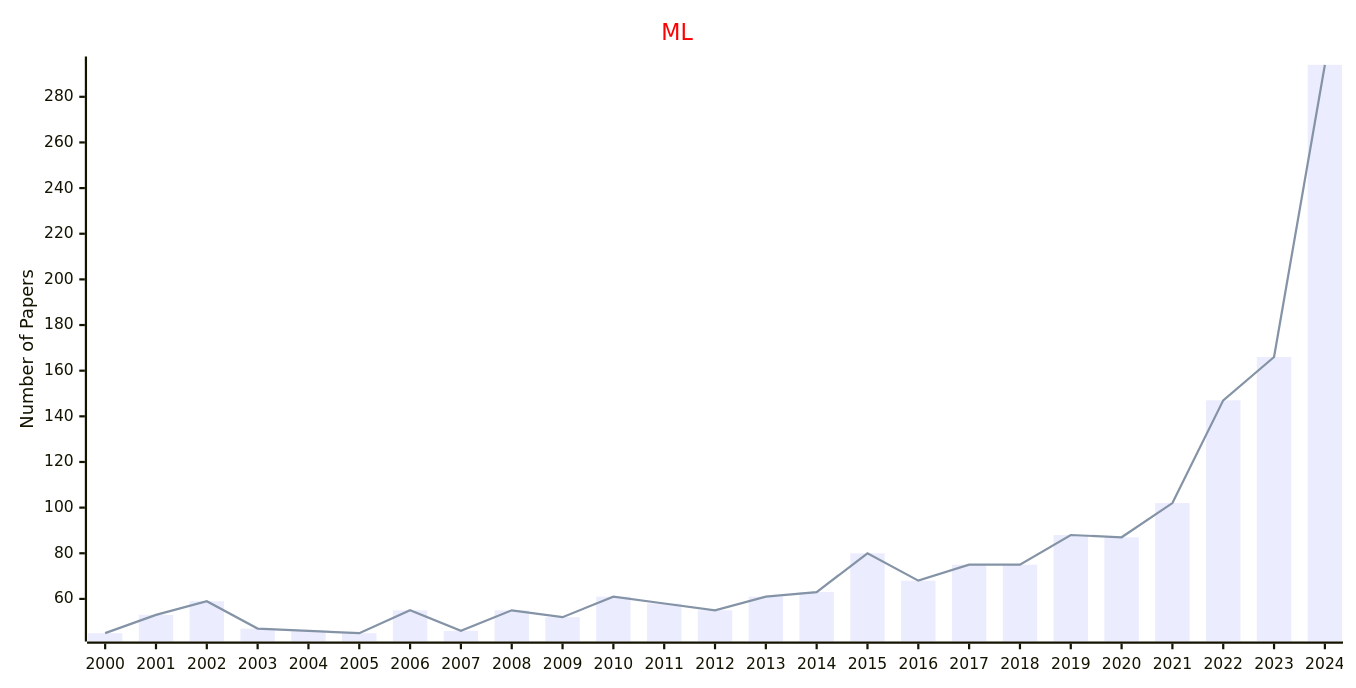
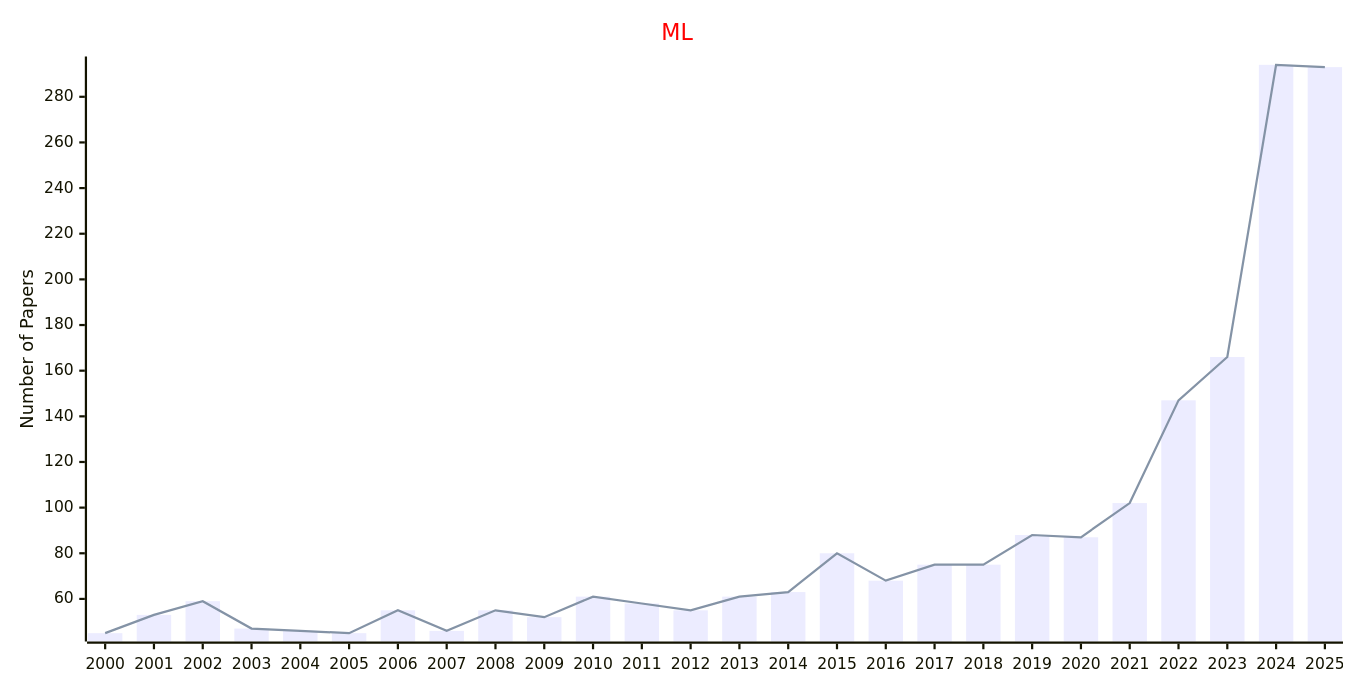
The tenth of 10 diagrams in docs/data/Journals/Statistics_Journals/Machine_Learning.md (Easy-PhD/AILinks), drawn with Mermaid before and after one commit. The commit also changed other lines of this file and 107 other files, not shown here.

````diff
--- a/docs/data/Journals/Statistics_Journals/Machine_Learning.md
+++ b/docs/data/Journals/Statistics_Journals/Machine_Learning.md
@@ -225,17 +225,17 @@
 ```mermaid
 ---
 config:
     xyChart:
         width: 1200
         height: 600
     themeVariables:
         xyChart:
             titleColor: "#ff0000"
 ---
 xychart-beta
     title "ML"
-    x-axis [2000, 2001, 2002, 2003, 2004, 2005, 2006, 2007, 2008, 2009, 2010, 2011, 2012, 2013, 2014, 2015, 2016, 2017, 2018, 2019, 2020, 2021, 2022, 2023, 2024]
+    x-axis [2000, 2001, 2002, 2003, 2004, 2005, 2006, 2007, 2008, 2009, 2010, 2011, 2012, 2013, 2014, 2015, 2016, 2017, 2018, 2019, 2020, 2021, 2022, 2023, 2024, 2025]
     y-axis "Number of Papers"
-    bar [45, 53, 59, 47, 46, 45, 55, 46, 55, 52, 61, 58, 55, 61, 63, 80, 68, 75, 75, 88, 87, 102, 147, 166, 294]
-    line [45, 53, 59, 47, 46, 45, 55, 46, 55, 52, 61, 58, 55, 61, 63, 80, 68, 75, 75, 88, 87, 102, 147, 166, 294]
+    bar [45, 53, 59, 47, 46, 45, 55, 46, 55, 52, 61, 58, 55, 61, 63, 80, 68, 75, 75, 88, 87, 102, 147, 166, 294, 293]
+    line [45, 53, 59, 47, 46, 45, 55, 46, 55, 52, 61, 58, 55, 61, 63, 80, 68, 75, 75, 88, 87, 102, 147, 166, 294, 293]
 ```
````
